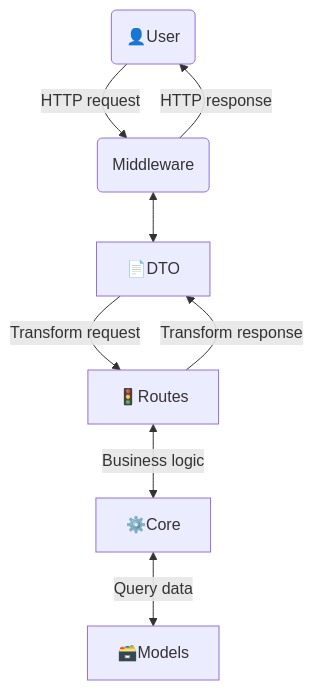
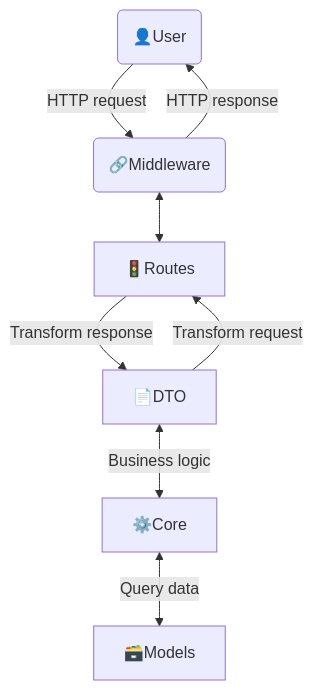
Before and after one commit to mateogall0/fastapi_mongodb_template: the diagram in README.md, drawn with Mermaid.

````diff
--- a/README.md
+++ b/README.md
@@ -4,27 +4,27 @@
 ```mermaid
 graph TB
   
     USER(👤User)
-    MIDD(Middleware)
+    MIDD(🔗Middleware)
+    ROUTES[🚦Routes]
     DTO[📄DTO]
-    ROUTES[🚦Routes]
     CORE[⚙️Core]
     MODELS[🗃️Models]
 
     %% User interacting with the DTO layer
     USER -- "HTTP request" --> MIDD
     MIDD -- "HTTP response" --> USER
 
     %% Middleware actions before and after DTO
-    MIDD <--> DTO
+    MIDD <--> ROUTES
 
     %% DTO and Routes exchange
     DTO -- "Transform request" --> ROUTES
     ROUTES -- "Transform response" --> DTO
 
     %% Routes and Core interaction
-    ROUTES <-- "Business logic" --> CORE
+    DTO <-- "Business logic" --> CORE
 
     %% Routes and Models interaction
     CORE <-- "Query data" --> MODELS
 ```
````
